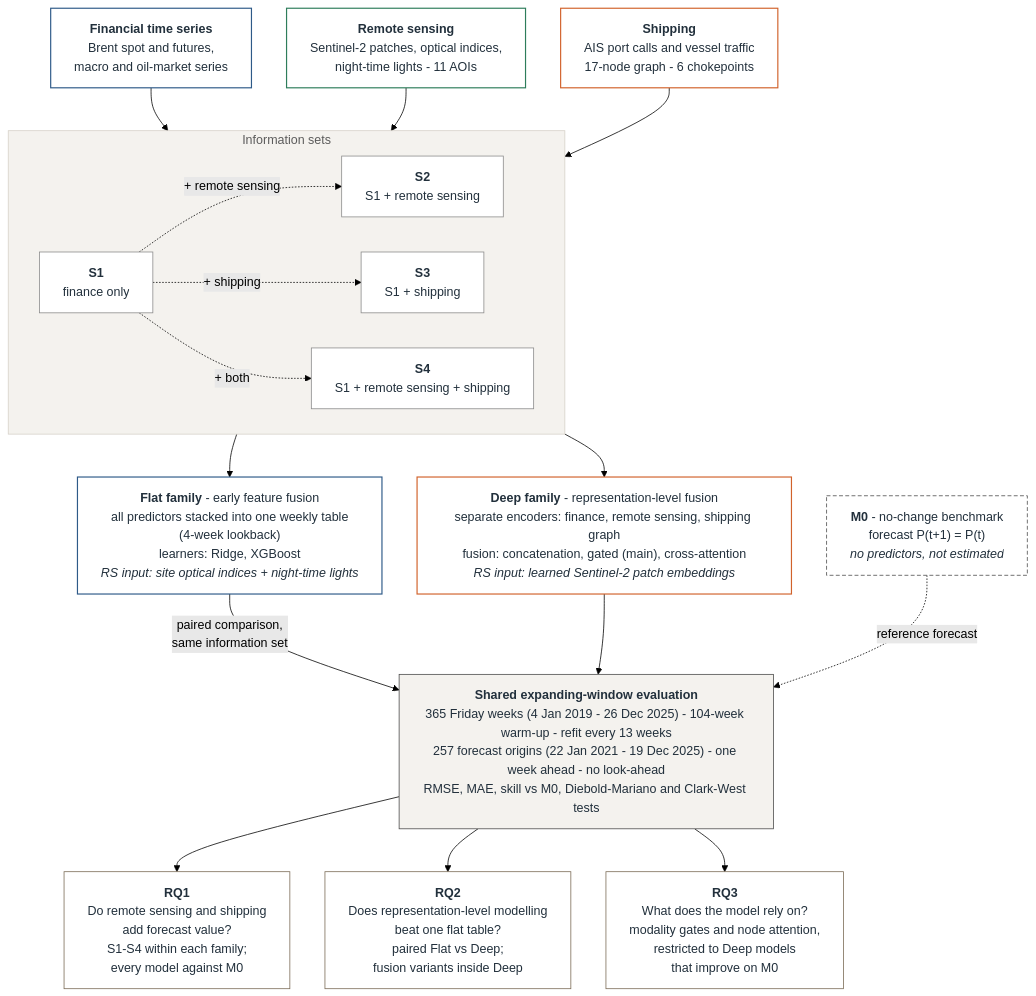
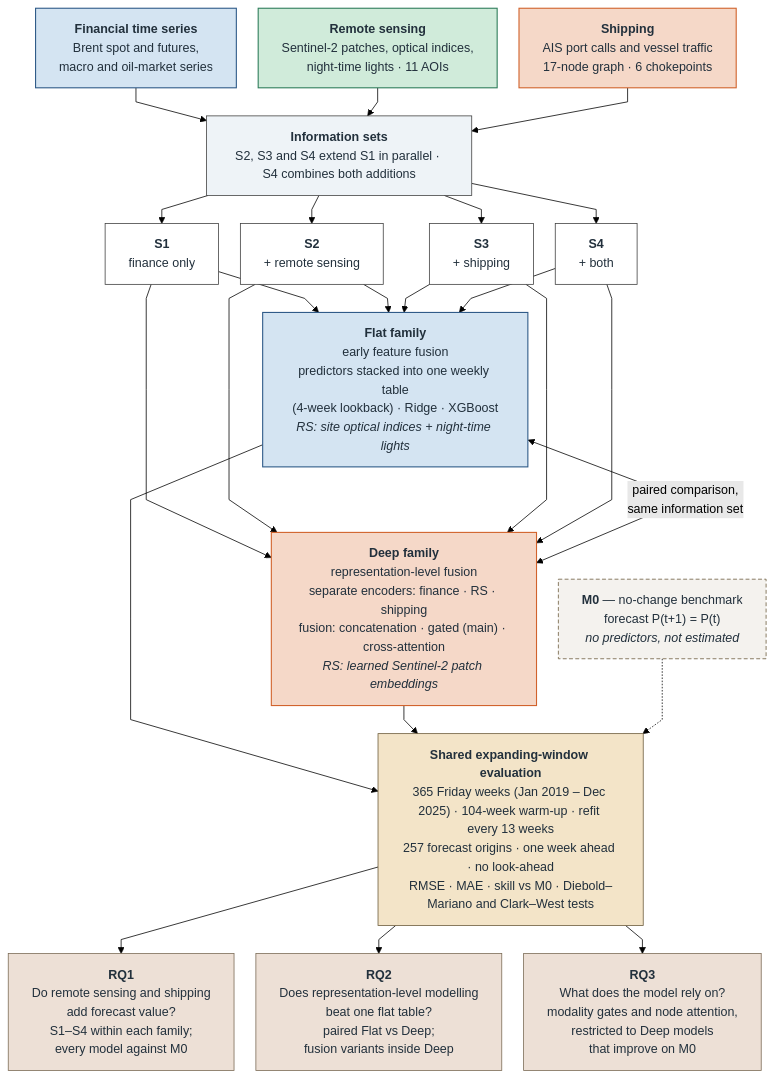
Before and after one commit to XINRUIQI/CASA0004-Dissertation: the diagram in 05_outputs/figures/fig_3_1_research_design.mmd, drawn with Mermaid (forest theme). The commit also changed 181 other files, not shown here.

```diff
--- a/05_outputs/figures/fig_3_1_research_design.mmd
+++ b/05_outputs/figures/fig_3_1_research_design.mmd
@@ -1,69 +1,70 @@
 %% Figure 3.1 - Research design (Section 3.1).
-%% Mermaid mirror of fig_3_1_research_design.png. Renders in Typora, Obsidian,
-%% GitHub, VS Code and mermaid.live. Keep in sync with the matplotlib version
-%% in 04_code/scripts/figures/make_design_figure.py.
-%%{init: {"flowchart": {"wrappingWidth": 420, "curve": "basis", "nodeSpacing": 45, "rankSpacing": 55}} }%%
+%% Mermaid mirror of fig_3_1_research_design.png. Keep in sync with
+%% 04_code/scripts/figures/make_design_figure.py.
+%%{init: {"flowchart": {"wrappingWidth": 280, "curve": "linear", "nodeSpacing": 28, "rankSpacing": 36}} }%%
 flowchart TD
-    classDef src fill:#FFFFFF,stroke-width:1.5px,color:#22303C
-    classDef set fill:#FFFFFF,stroke:#8A8A8A,color:#22303C
-    classDef fam fill:#FFFFFF,stroke-width:1.5px,color:#22303C
-    classDef ev  fill:#F4F2EE,stroke:#4A4A4A,color:#22303C
-    classDef rq  fill:#FFFFFF,stroke:#7A6A55,color:#22303C
-    classDef bm  fill:#FFFFFF,stroke:#4A4A4A,stroke-dasharray:5 3,color:#22303C
+    classDef fin fill:#D4E4F2,stroke:#2E5A88,color:#22303C,stroke-width:1.4px
+    classDef rs  fill:#D0EBDA,stroke:#2E7D5B,color:#22303C,stroke-width:1.4px
+    classDef shp fill:#F5D8C8,stroke:#D1622B,color:#22303C,stroke-width:1.4px
+    classDef set fill:#FFFFFF,stroke:#3F3F3F,color:#22303C
+    classDef band fill:#EEF3F7,stroke:#3F3F3F,color:#22303C
+    classDef flat fill:#D4E4F2,stroke:#2E5A88,color:#22303C,stroke-width:1.4px
+    classDef deep fill:#F5D8C8,stroke:#D1622B,color:#22303C,stroke-width:1.4px
+    classDef ev  fill:#F3E4C8,stroke:#6A5A3A,color:#22303C
+    classDef rq  fill:#EDE0D6,stroke:#7A6A55,color:#22303C
+    classDef bm  fill:#F4F2EE,stroke:#6A5A3A,stroke-dasharray:5 3,color:#22303C
 
     FIN["<b>Financial time series</b><br/>Brent spot and futures,<br/>macro and oil-market series"]
-    RSD["<b>Remote sensing</b><br/>Sentinel-2 patches, optical indices,<br/>night-time lights - 11 AOIs"]
-    SHP["<b>Shipping</b><br/>AIS port calls and vessel traffic<br/>17-node graph - 6 chokepoints"]
-    class FIN,RSD,SHP src
-    style FIN stroke:#2E5A88
-    style RSD stroke:#2E7D5B
-    style SHP stroke:#D1622B
+    RSD["<b>Remote sensing</b><br/>Sentinel-2 patches, optical indices,<br/>night-time lights · 11 AOIs"]
+    SHP["<b>Shipping</b><br/>AIS port calls and vessel traffic<br/>17-node graph · 6 chokepoints"]
+    class FIN fin
+    class RSD rs
+    class SHP shp
 
-    M0["<b>M0</b> - no-change benchmark<br/>forecast P(t+1) = P(t)<br/><i>no predictors, not estimated</i>"]
+    INFO["<b>Information sets</b><br/>S2, S3 and S4 extend S1 in parallel · S4 combines both additions"]
+    class INFO band
+
+    S1["<b>S1</b><br/>finance only"]
+    S2["<b>S2</b><br/>+ remote sensing"]
+    S3["<b>S3</b><br/>+ shipping"]
+    S4["<b>S4</b><br/>+ both"]
+    class S1,S2,S3,S4 set
+
+    FLAT["<b>Flat family</b><br/>early feature fusion<br/>predictors stacked into one weekly table<br/>(4-week lookback) · Ridge · XGBoost<br/><i>RS: site optical indices + night-time lights</i>"]
+    DEEP["<b>Deep family</b><br/>representation-level fusion<br/>separate encoders: finance · RS · shipping<br/>fusion: concatenation · gated (main) · cross-attention<br/><i>RS: learned Sentinel-2 patch embeddings</i>"]
+    class FLAT flat
+    class DEEP deep
+
+    M0["<b>M0</b> — no-change benchmark<br/>forecast P(t+1) = P(t)<br/><i>no predictors, not estimated</i>"]
     class M0 bm
 
-    subgraph SETS["Information sets"]
-        direction LR
-        S1["<b>S1</b><br/>finance only"]
-        S2["<b>S2</b><br/>S1 + remote sensing"]
-        S3["<b>S3</b><br/>S1 + shipping"]
-        S4["<b>S4</b><br/>S1 + remote sensing + shipping"]
-    end
-    class S1,S2,S3,S4 set
-    style SETS fill:#F4F2EE,stroke:#D6D1C8,color:#5C5C5C
-
-    %% Sources feed the band as a whole; each set's own label states its
-    %% composition. Wiring every source to every set makes the graph unreadable.
-    FIN --> SETS
-    RSD --> SETS
-    SHP --> SETS
-    S1 -.->|"+ remote sensing"| S2
-    S1 -.->|"+ shipping"| S3
-    S1 -.->|"+ both"| S4
-
-    FLAT["<b>Flat family</b> - early feature fusion<br/>all predictors stacked into one weekly table<br/>(4-week lookback)<br/>learners: Ridge, XGBoost<br/><i>RS input: site optical indices + night-time lights</i>"]
-    DEEP["<b>Deep family</b> - representation-level fusion<br/>separate encoders: finance, remote sensing, shipping graph<br/>fusion: concatenation, gated (main), cross-attention<br/><i>RS input: learned Sentinel-2 patch embeddings</i>"]
-    class FLAT,DEEP fam
-    style FLAT stroke:#2E5A88
-    style DEEP stroke:#D1622B
-
-    %% Flat and Deep are deliberately left unconnected so the renderer keeps
-    %% them side by side; the pairing is stated on their edges into EVAL.
-    SETS --> FLAT
-    SETS --> DEEP
-
-    EVAL["<b>Shared expanding-window evaluation</b><br/>365 Friday weeks (4 Jan 2019 - 26 Dec 2025) - 104-week warm-up - refit every 13 weeks<br/>257 forecast origins (22 Jan 2021 - 19 Dec 2025) - one week ahead - no look-ahead<br/>RMSE, MAE, skill vs M0, Diebold-Mariano and Clark-West tests"]
+    EVAL["<b>Shared expanding-window evaluation</b><br/>365 Friday weeks (Jan 2019 – Dec 2025) · 104-week warm-up · refit every 13 weeks<br/>257 forecast origins · one week ahead · no look-ahead<br/>RMSE · MAE · skill vs M0 · Diebold–Mariano and Clark–West tests"]
     class EVAL ev
 
-    FLAT -->|"paired comparison,<br/>same information set"| EVAL
-    DEEP --> EVAL
-    M0 -.->|"reference forecast"| EVAL
-
-    RQ1["<b>RQ1</b><br/>Do remote sensing and shipping<br/>add forecast value?<br/>S1-S4 within each family;<br/>every model against M0"]
+    RQ1["<b>RQ1</b><br/>Do remote sensing and shipping<br/>add forecast value?<br/>S1–S4 within each family;<br/>every model against M0"]
     RQ2["<b>RQ2</b><br/>Does representation-level modelling<br/>beat one flat table?<br/>paired Flat vs Deep;<br/>fusion variants inside Deep"]
     RQ3["<b>RQ3</b><br/>What does the model rely on?<br/>modality gates and node attention,<br/>restricted to Deep models<br/>that improve on M0"]
     class RQ1,RQ2,RQ3 rq
 
+    FIN --> INFO
+    RSD --> INFO
+    SHP --> INFO
+    INFO --> S1
+    INFO --> S2
+    INFO --> S3
+    INFO --> S4
+    S1 --> FLAT
+    S2 --> FLAT
+    S3 --> FLAT
+    S4 --> FLAT
+    S1 --> DEEP
+    S2 --> DEEP
+    S3 --> DEEP
+    S4 --> DEEP
+    FLAT <-->|"paired comparison,<br/>same information set"| DEEP
+    FLAT --> EVAL
+    DEEP --> EVAL
+    M0 -.-> EVAL
     EVAL --> RQ1
     EVAL --> RQ2
     EVAL --> RQ3
```
